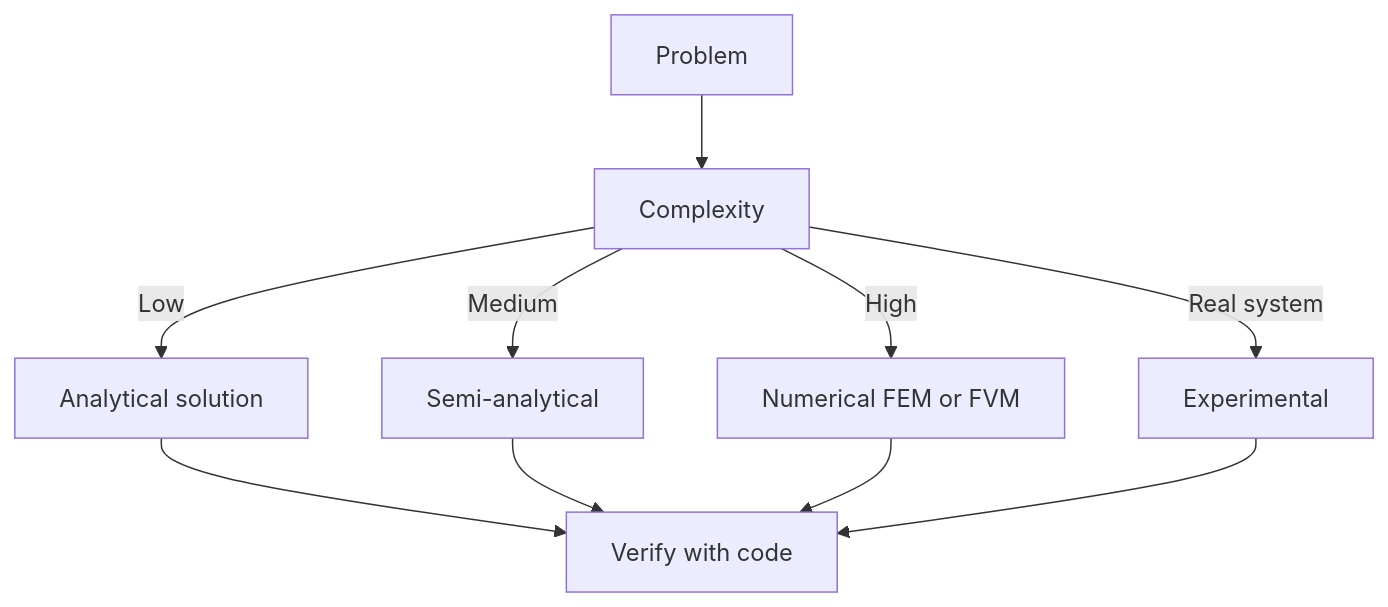
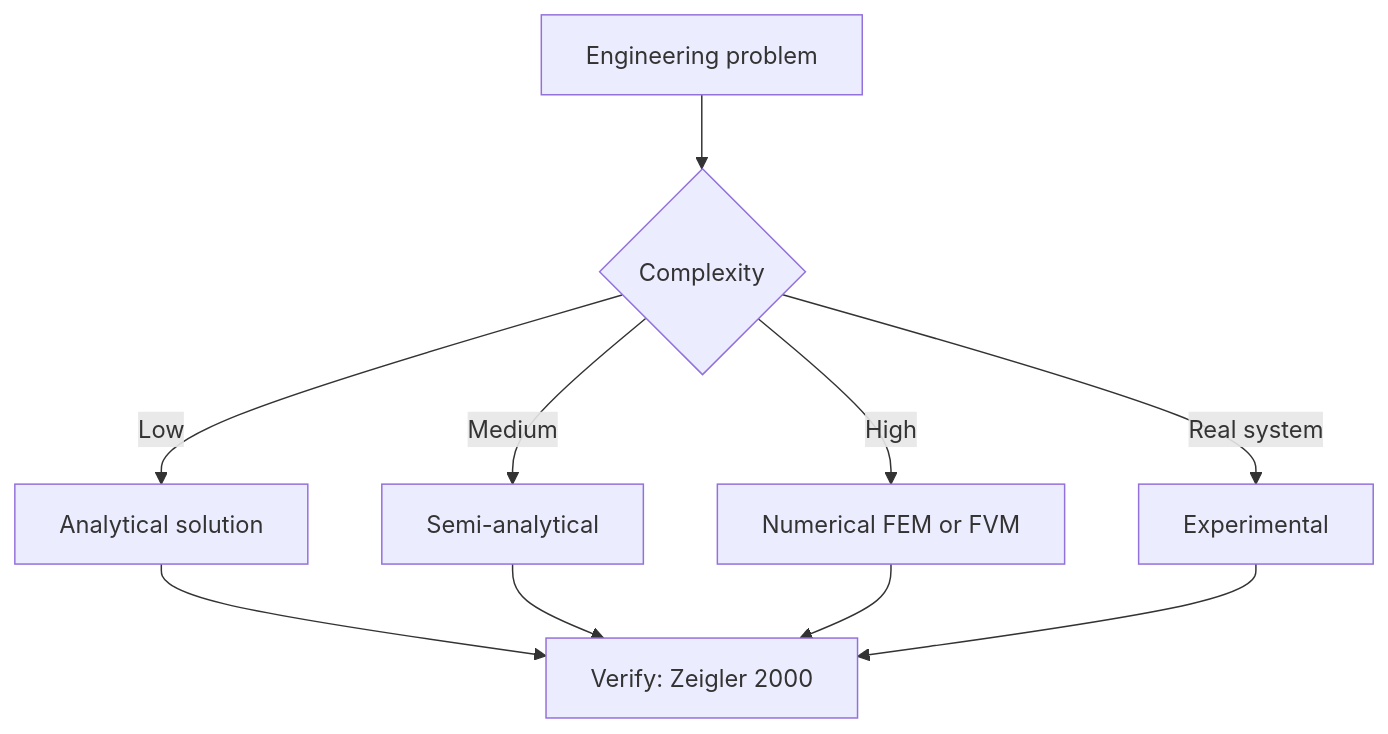
The third of 6 diagrams in MIT_CEE_Core/Track_3_Energy_Transportation_Societal_Systems/Transportation_Urban_Systems/06_15.053_Optimization_Methods_in_Business_Analytics.md (yip-lgtm/civil-bootcamp), drawn with Mermaid before and after one commit. The commit also changed other lines of this file and 56 other files, not shown here.

````diff
--- a/MIT_CEE_Core/Track_3_Energy_Transportation_Societal_Systems/Transportation_Urban_Systems/06_15.053_Optimization_Methods_in_Business_Analytics.md
+++ b/MIT_CEE_Core/Track_3_Energy_Transportation_Societal_Systems/Transportation_Urban_Systems/06_15.053_Optimization_Methods_in_Business_Analytics.md
@@ -385,12 +462,12 @@
 ```mermaid
 flowchart TD
-    Start[Problem] --> Q[Complexity]
-    Q -->|Low| Anal[Analytical solution]
-    Q -->|Medium| Semi[Semi-analytical]
-    Q -->|High| Num[Numerical FEM or FVM]
-    Q -->|Real system| Exp[Experimental]
-    Anal --> V[Verify with code]
-    Semi --> V
-    Num --> V
-    Exp --> V
+    A[Engineering problem] --> B{Complexity}
+    B -->|Low| C[Analytical solution]
+    B -->|Medium| D[Semi-analytical]
+    B -->|High| E[Numerical FEM or FVM]
+    B -->|Real system| F[Experimental]
+    C --> G[Verify: Zeigler 2000]
+    D --> G
+    E --> G
+    F --> G
 ```
````
